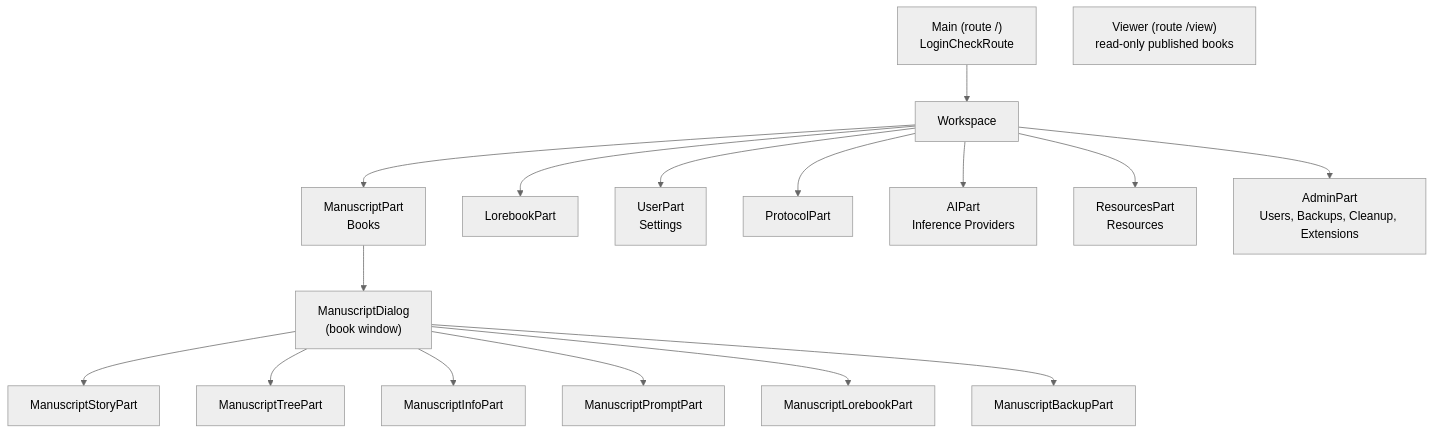
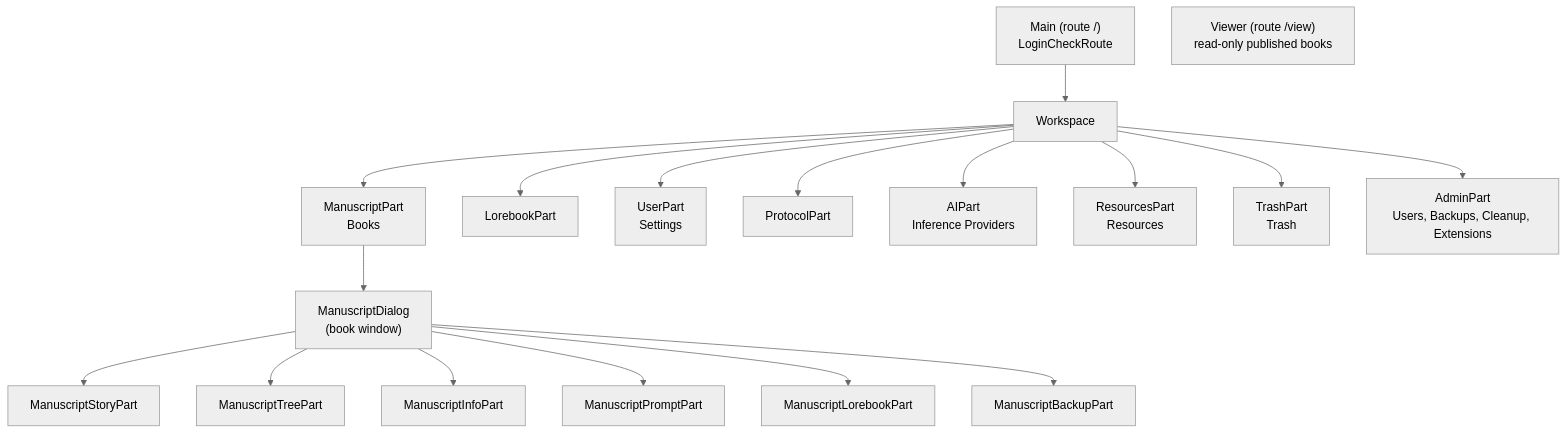
Before and after one commit to Enerccio/Marginalia: the third of 6 diagrams in docs/developer/architecture.md, drawn with Mermaid (neutral theme). The commit also changed 127 other files, not shown here.

````diff
--- a/docs/developer/architecture.md
+++ b/docs/developer/architecture.md
@@ -196,19 +196,20 @@
 ```mermaid
 flowchart TB
     Main["Main (route /)<br/>LoginCheckRoute"] --> WS["Workspace"]
     Viewer["Viewer (route /view)<br/>read-only published books"]
     WS --> MP["ManuscriptPart<br/>Books"]
     WS --> LP["LorebookPart"]
     WS --> UP["UserPart<br/>Settings"]
     WS --> PP["ProtocolPart"]
     WS --> AP["AIPart<br/>Inference Providers"]
     WS --> RP["ResourcesPart<br/>Resources"]
+    WS --> TP["TrashPart<br/>Trash"]
     WS --> AdP["AdminPart<br/>Users, Backups, Cleanup, Extensions"]
     MP --> MD["ManuscriptDialog<br/>(book window)"]
     MD --> Story["ManuscriptStoryPart"]
     MD --> Tree["ManuscriptTreePart"]
     MD --> Info["ManuscriptInfoPart"]
     MD --> Prompt["ManuscriptPromptPart"]
     MD --> Lore["ManuscriptLorebookPart"]
     MD --> Backup["ManuscriptBackupPart"]
 ```
````
